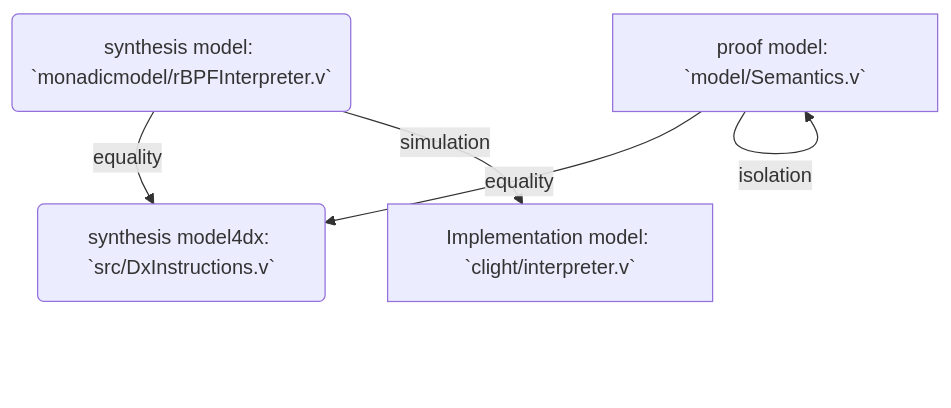
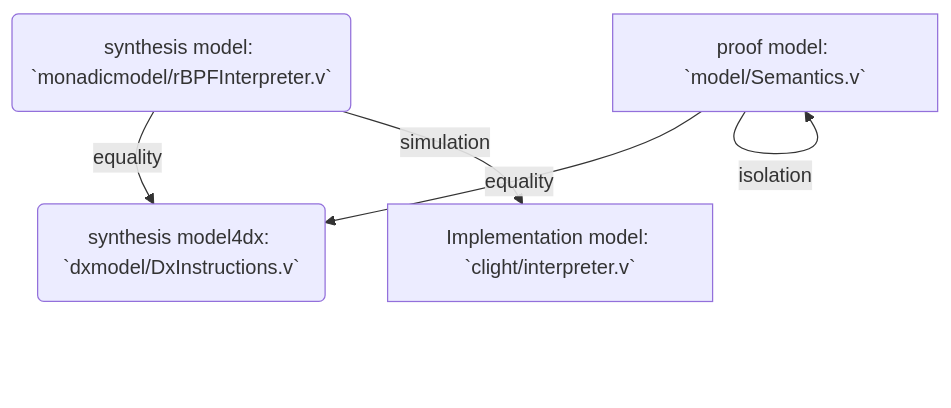
One commit to future-proof-iot/CertFC changed the second of 2 diagrams in README.md. Above: the diagram before and after it, drawn with Mermaid. The commit also changed other lines of this file and 176 other files, not shown here.

````diff
--- a/README.md
+++ b/README.md
@@ -97,7 +119,7 @@
 ```mermaid
 graph TD;
-    A[proof model: `model/Semantics.v`] -->|equality| C(synthesis model4dx: `src/DxInstructions.v`);
+    A[proof model: `model/Semantics.v`] -->|equality| C(synthesis model4dx: `dxmodel/DxInstructions.v`);
     B(synthesis model: `monadicmodel/rBPFInterpreter.v`) -->|equality| C;
     B -->|simulation| D[Implementation model: `clight/interpreter.v`];
     A -->|isolation| A;
 ```
````
